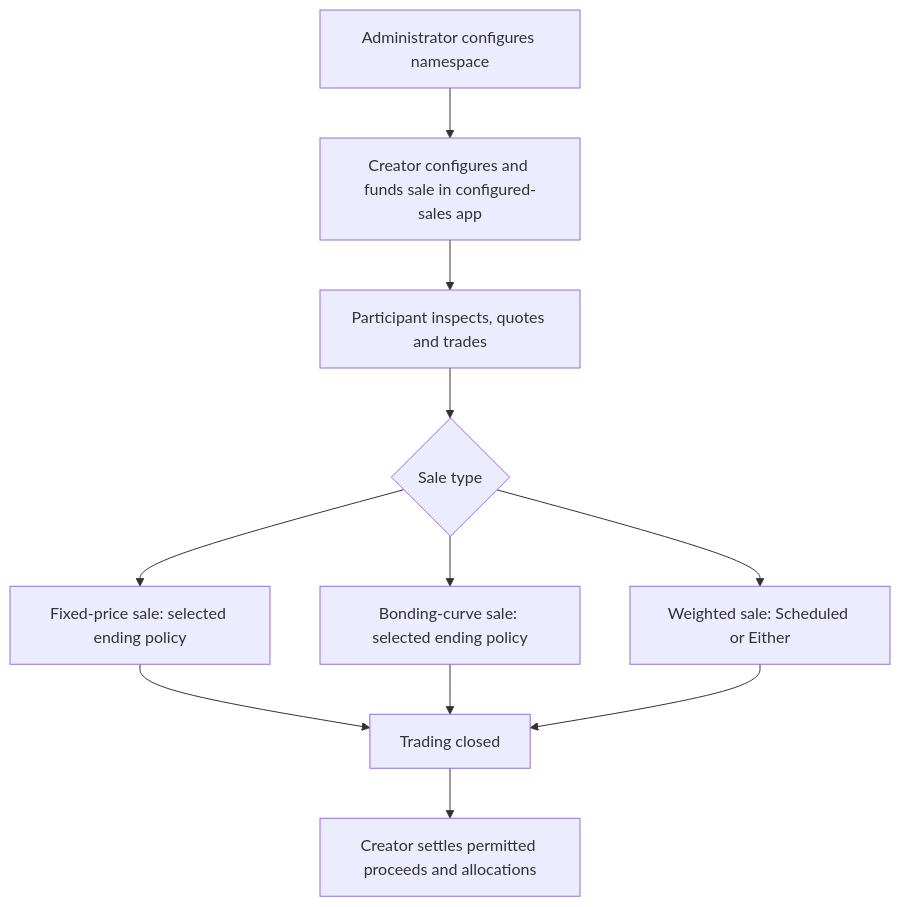
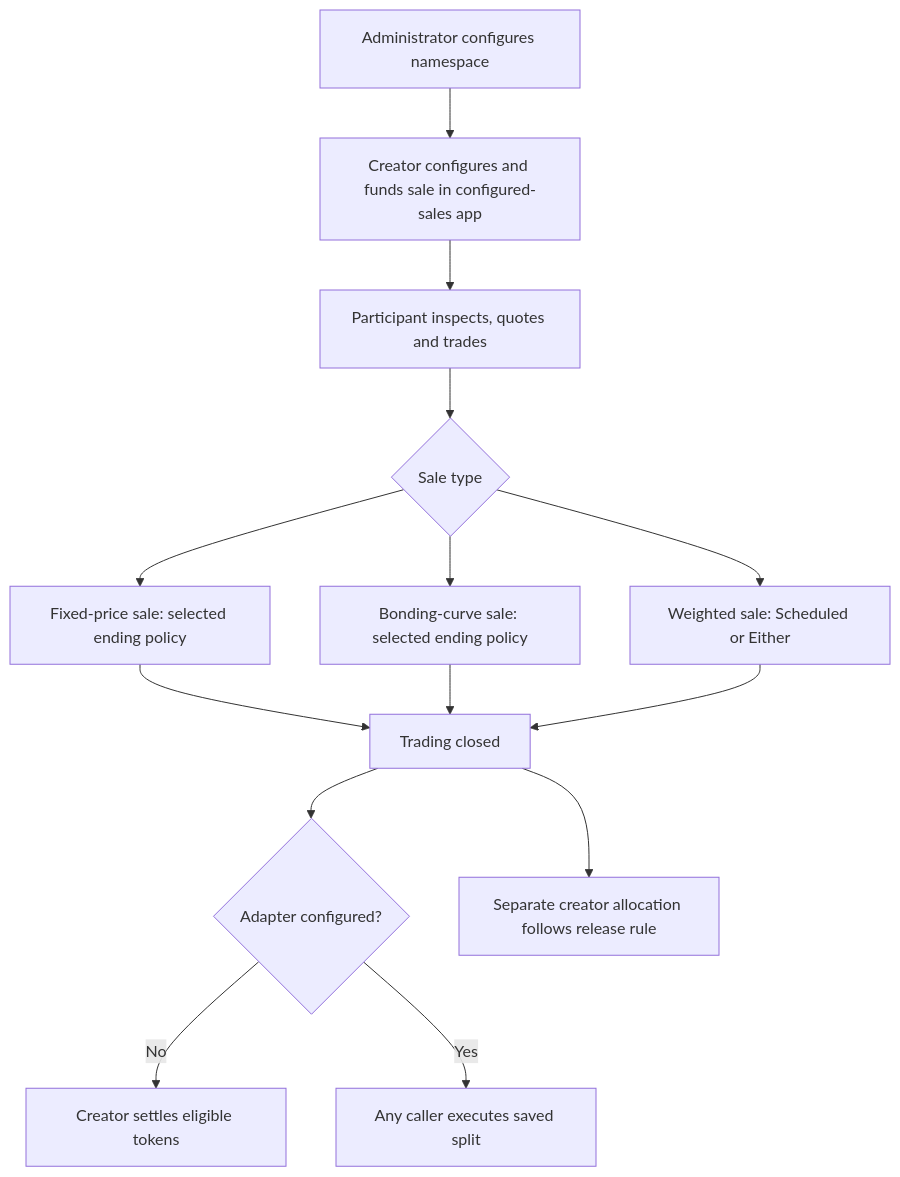
One commit to bleu/logos-launchpad changed the diagram in docs/product/prd.md. Above: the diagram before and after it, drawn with Mermaid. The commit also changed other lines of this file and 53 other files, not shown here.

````diff
--- a/docs/product/prd.md
+++ b/docs/product/prd.md
@@ -34,13 +34,16 @@
 ```mermaid
 flowchart TB
     Namespace[Administrator configures namespace] --> Create[Creator configures and funds sale in configured-sales app]
     Create --> Trade[Participant inspects, quotes and trades]
     Trade --> SaleType{Sale type}
     SaleType --> FixedPrice[Fixed-price sale: selected ending policy]
     SaleType --> Curve[Bonding-curve sale: selected ending policy]
     SaleType --> Weighted[Weighted sale: Scheduled or Either]
     FixedPrice --> Closed[Trading closed]
     Curve --> Closed
     Weighted --> Closed
-    Closed --> Settle[Creator settles permitted proceeds and allocations]
+    Closed --> Route{Adapter configured?}
+    Route -->|No| Manual[Creator settles eligible tokens]
+    Route -->|Yes| Hook[Any caller executes saved split]
+    Closed --> Allocation[Separate creator allocation follows release rule]
 ```
````
